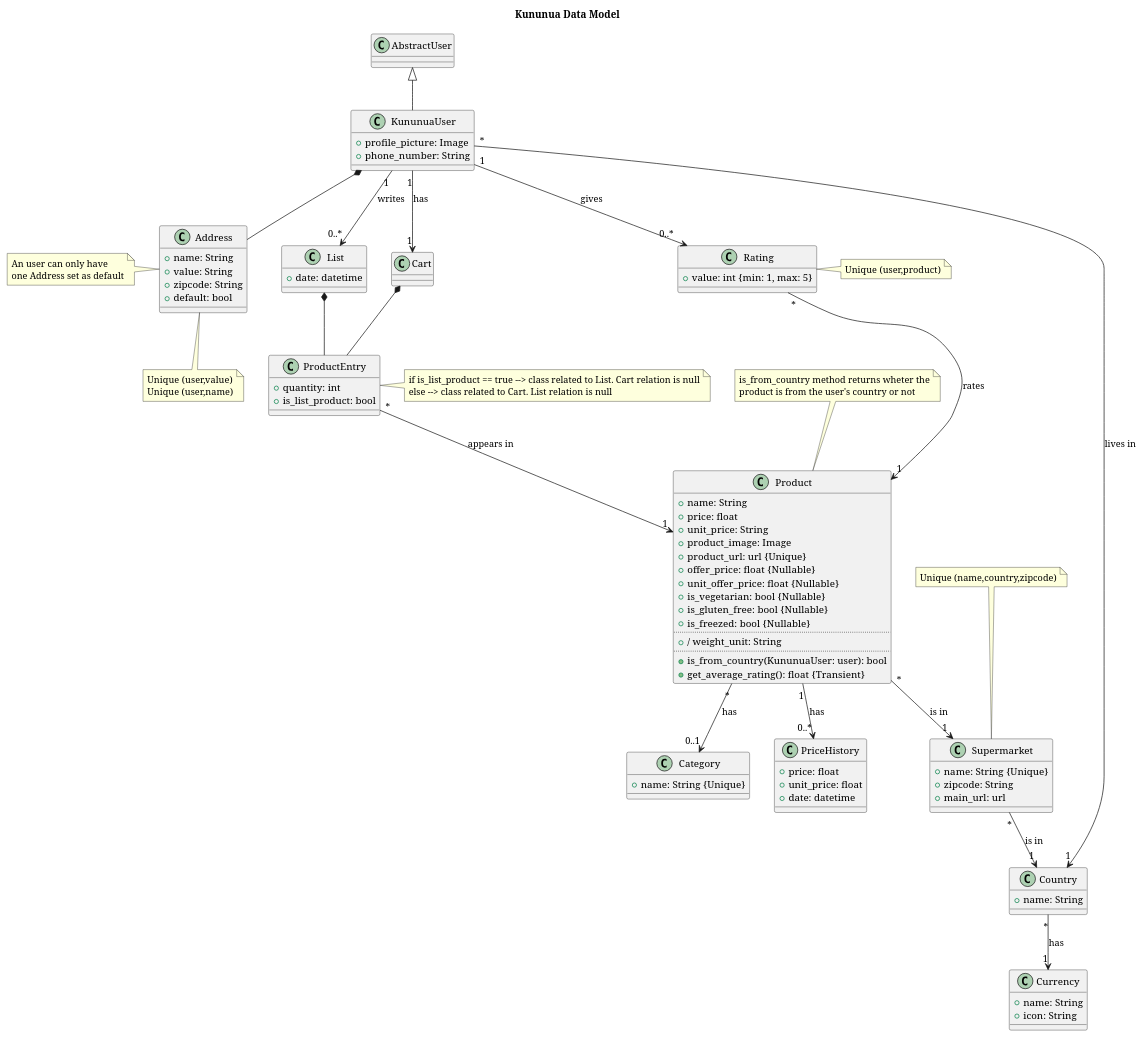
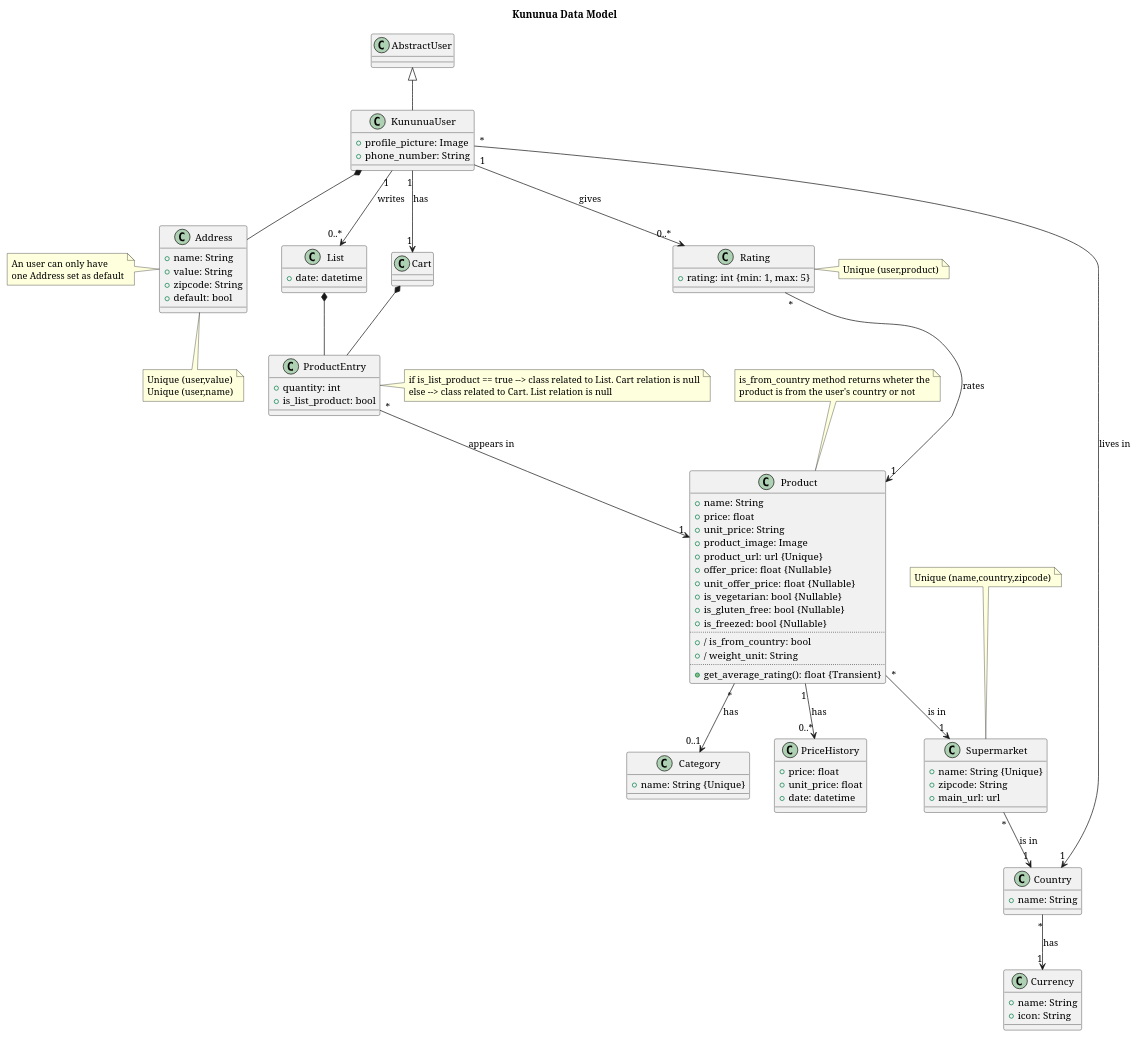
The diagram in documentation/diagrams/src/data-diagram.wsd (Kununua/kununua-app), drawn with PlantUML before and after one commit. The commit also changed 11 other files, not shown here.

```diff
--- a/documentation/diagrams/src/data-diagram.wsd
+++ b/documentation/diagrams/src/data-diagram.wsd
@@ -1,131 +1,131 @@
 @startuml KununuaDataModel
 
 ' --------------- CONFIG ----------------
 
 title Kununua Data Model
 '!theme minty
 '!theme materia
 skinparam defaultFontName Serif
 
 ' --------------- CLASSES ----------------
 
 class AbstractUser{}
 
 class KununuaUser{
     +profile_picture: Image
     +phone_number: String
 }
 
 class Country{
     +name: String
 }
 
 class Currency{
     +name: String
     +icon: String
 }
 
 class Address{
     +name: String
     +value: String
     +zipcode: String
     +default: bool
 }
 
 class Product{
     +name: String
     +price: float
     +unit_price: String
     +product_image: Image
     +product_url: url {Unique}
     +offer_price: float {Nullable}
     +unit_offer_price: float {Nullable}
     +is_vegetarian: bool {Nullable}
     +is_gluten_free: bool {Nullable}
     +is_freezed: bool {Nullable}
     ..
+    + / is_from_country: bool
     + / weight_unit: String
     ..
-    +is_from_country(KununuaUser: user): bool
     +get_average_rating(): float {Transient}
 }
 
 class Category{
     +name: String {Unique}
 }
 
 class Supermarket{
     +name: String {Unique}
     +zipcode: String
     +main_url: url
 }
 
 class Rating{
-    +value: int {min: 1, max: 5}
+    +rating: int {min: 1, max: 5}
 }
 
 class PriceHistory{
     +price: float
     +unit_price: float
     +date: datetime
 }
 
 class List{
     +date: datetime
 }
 
 class Cart{}
 
 class ProductEntry{
     +quantity: int
     +is_list_product: bool
 }
 
 ' --------------- NOTES ----------------
 note left of Address 
 An user can only have 
 one Address set as default
 end note
 
 note bottom of Address 
 Unique (user,value)
 Unique (user,name)
 end note
 
 note top of Product
 is_from_country method returns wheter the
 product is from the user's country or not
 end note
 
 note top of Supermarket
 Unique (name,country,zipcode)
 end note
 
 note right of Rating
 Unique (user,product)
 end note
 
 note right of ProductEntry
 if is_list_product == true --> class related to List. Cart relation is null
 else --> class related to Cart. List relation is null
 end note
 
 ' --------------- RELATIONS ----------------
 
 AbstractUser <|-- KununuaUser
 KununuaUser *-- Address
 KununuaUser "*" --> "1" Country: lives in
 KununuaUser "1" --> "0..*" Rating: gives
 KununuaUser "1" --> "0..*" List: writes
 KununuaUser "1" --> "1" Cart: has
 Country "*" --> "1" Currency: has
 Product "*" --> "0..1" Category: has
 Product "*" --> "1" Supermarket: is in
 Product "1" --> "0..*" PriceHistory: has
 Supermarket "*" --> "1" Country: is in
 Rating "*" --> "1" Product: rates
 List *-- ProductEntry
 Cart *-- ProductEntry
 ProductEntry "*" --> "1" Product: appears in
 
 @enduml
```
